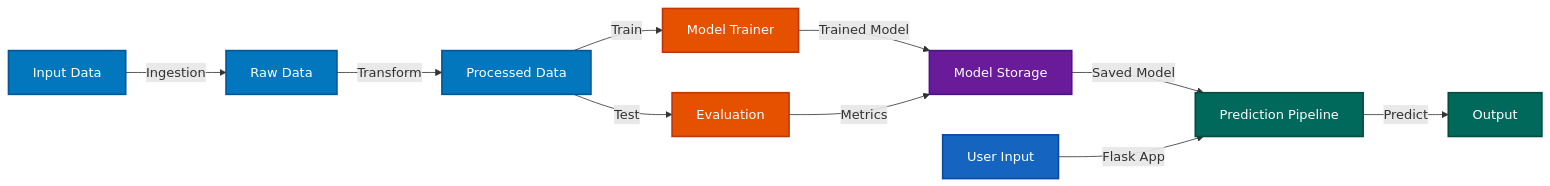
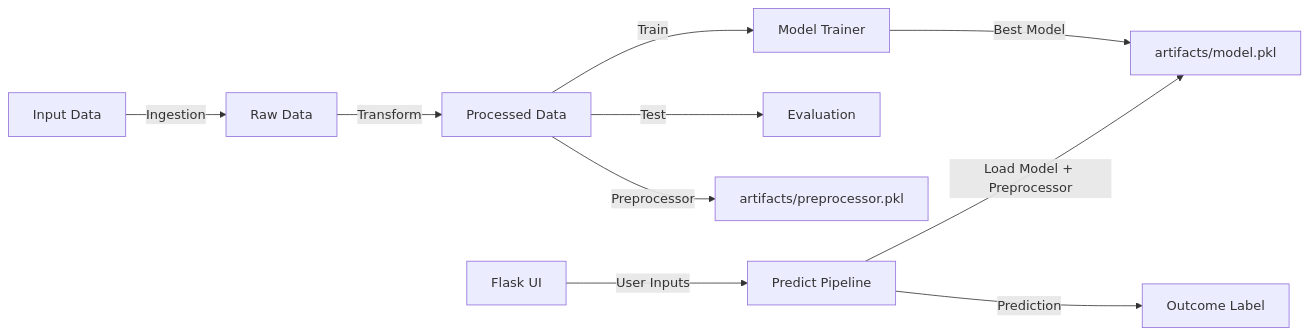
One commit to ParmeetCS/ml-pipeline-startup-analysis changed the diagram in README.md. Above: the diagram before and after it, drawn with Mermaid. The commit also changed other lines of this file and 16 other files, not shown here.

Commit message:
Prediction Pipeline

````diff
--- a/README.md
+++ b/README.md
@@ -5,20 +26,12 @@
 ```mermaid
 graph LR
-    A[Input Data] -->|Ingestion| B[Raw Data] -->|Transform| C[Processed Data]
-    C -->|Train| D[Model Trainer] -->|Trained Model| E[Model Storage]
-    C -->|Test| F[Evaluation]
-    F -->|Metrics| E
-    E -->|Saved Model| G[Prediction Pipeline]
-    H[User Input] -->|Flask App| G
-    G -->|Predict| I[Output]
-    
-    style A fill:#0277bd,stroke:#01579b,stroke-width:2px,color:#fff
-    style B fill:#0277bd,stroke:#01579b,stroke-width:2px,color:#fff
-    style C fill:#0277bd,stroke:#01579b,stroke-width:2px,color:#fff
-    style D fill:#e65100,stroke:#bf360c,stroke-width:2px,color:#fff
-    style E fill:#6a1b9a,stroke:#4a148c,stroke-width:2px,color:#fff
-    style F fill:#e65100,stroke:#bf360c,stroke-width:2px,color:#fff
-    style G fill:#00695c,stroke:#004d40,stroke-width:2px,color:#fff
-    style H fill:#1565c0,stroke:#0d47a1,stroke-width:2px,color:#fff
-    style I fill:#00695c,stroke:#004d40,stroke-width:2px,color:#fff
+        A[Input Data] -->|Ingestion| B[Raw Data]
+        B -->|Transform| C[Processed Data]
+        C -->|Train| D[Model Trainer]
+        C -->|Test| E[Evaluation]
+        D -->|Best Model| F[artifacts/model.pkl]
+        C -->|Preprocessor| G[artifacts/preprocessor.pkl]
+        H[Flask UI] -->|User Inputs| I[Predict Pipeline]
+        I -->|Load Model + Preprocessor| F
+        I -->|Prediction| J[Outcome Label]
 ```
````
